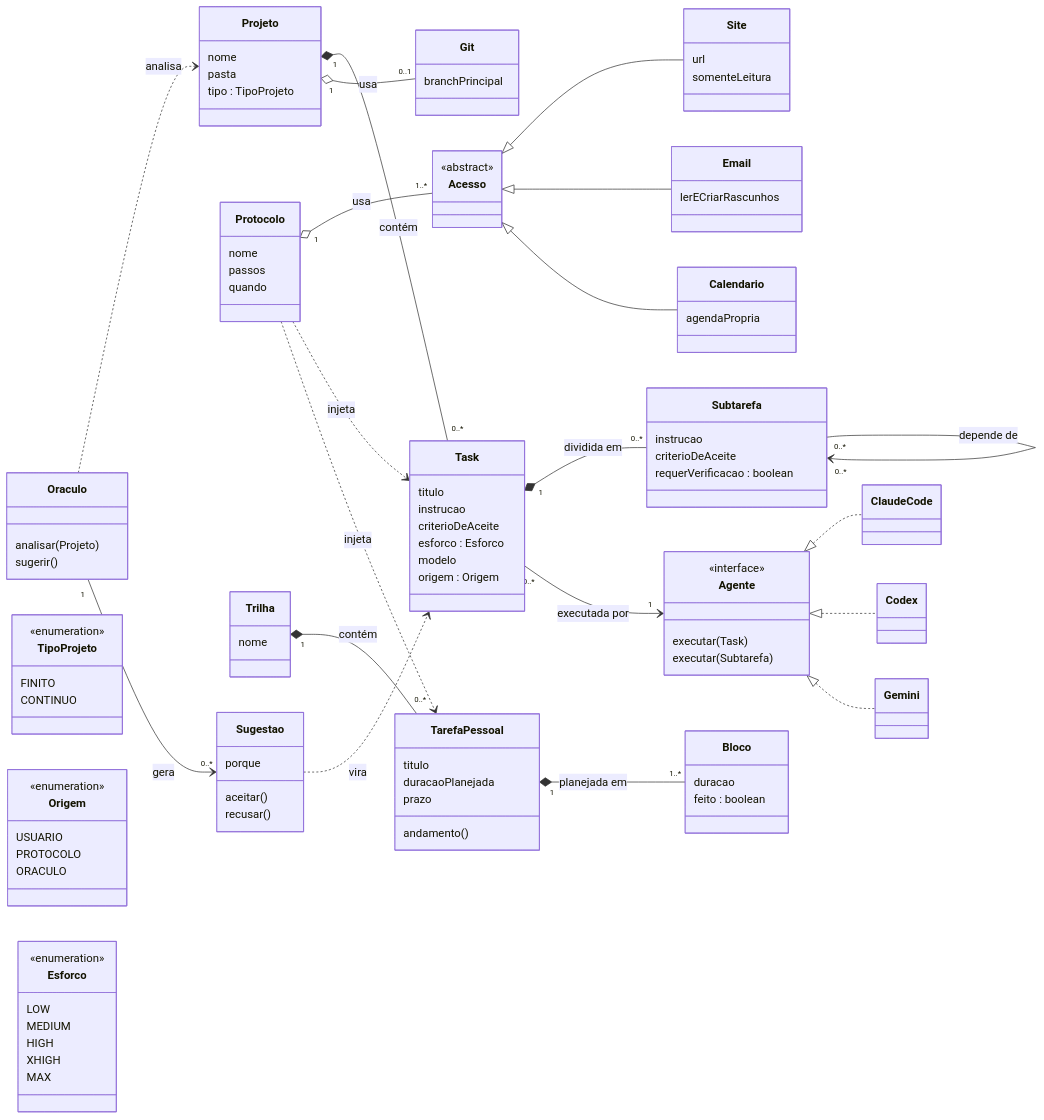
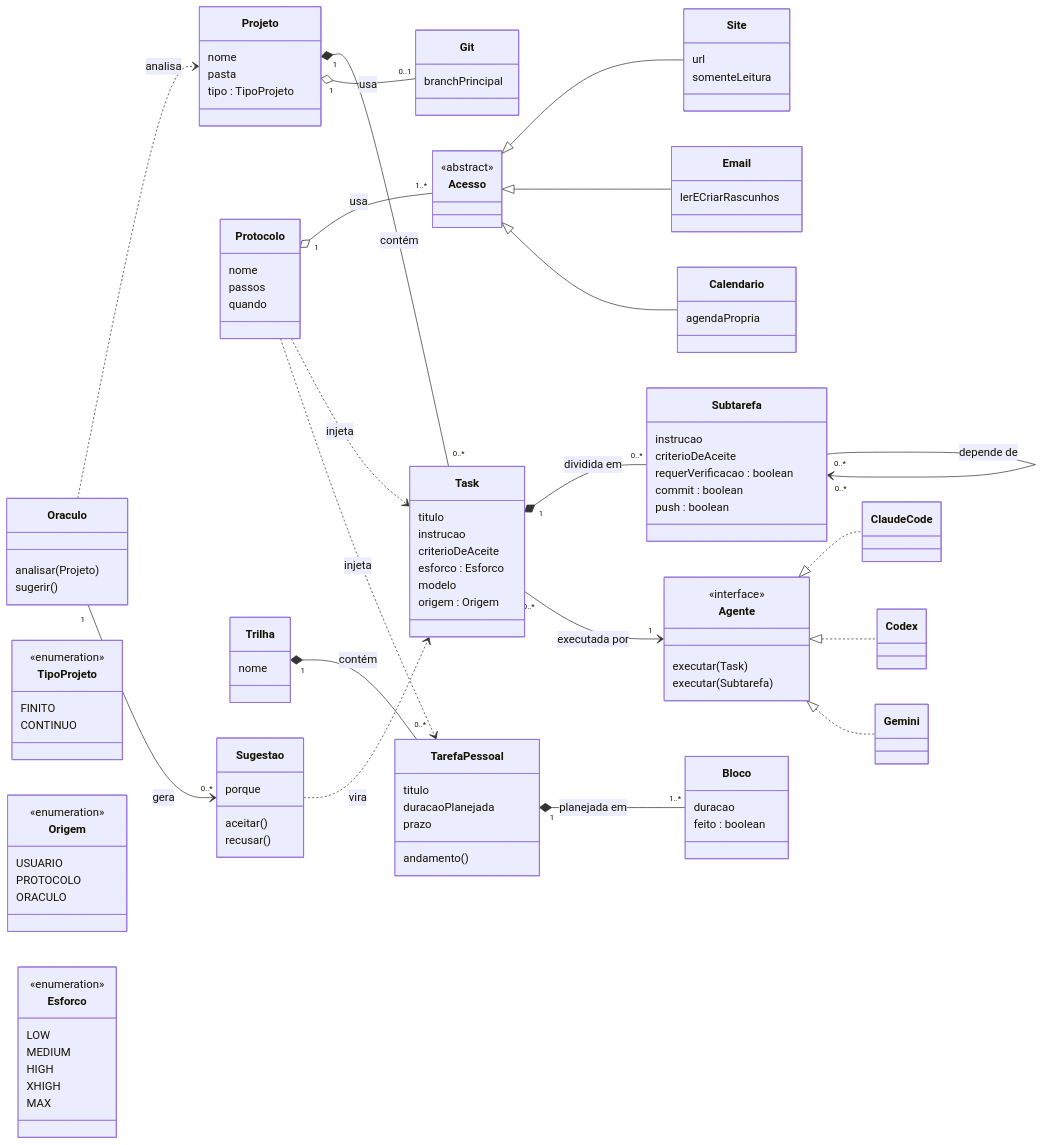
One commit to luanfrombrazil/overtime-dispatcher changed the first of 5 diagrams in docs/diagramas.md. Above: the diagram before and after it, drawn with Mermaid. The commit also changed 3 other files, not shown here.

First line of the commit message:
Adiciona caixas de commit e push nas subtarefas

```diff
--- a/docs/diagramas.md
+++ b/docs/diagramas.md
@@ -30,6 +30,8 @@
         instrucao
         criterioDeAceite
         requerVerificacao : boolean
+        commit : boolean
+        push : boolean
     }
     class Protocolo {
         nome
```
